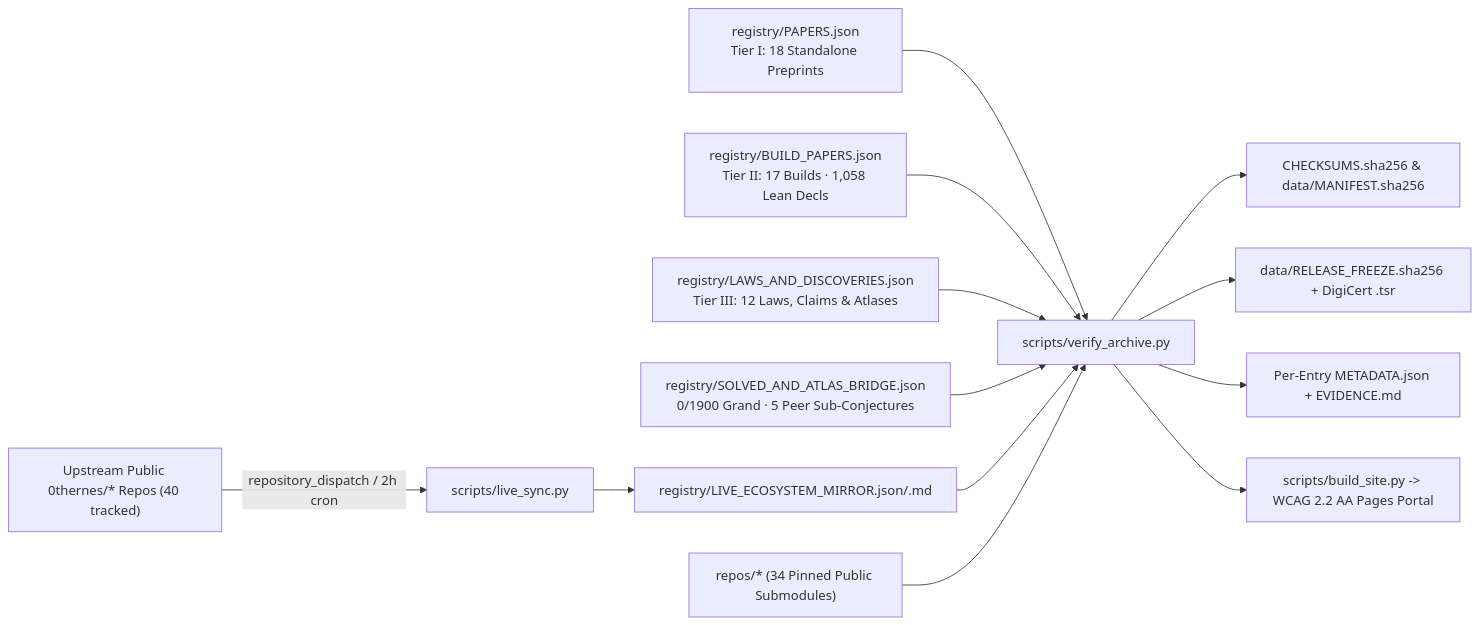
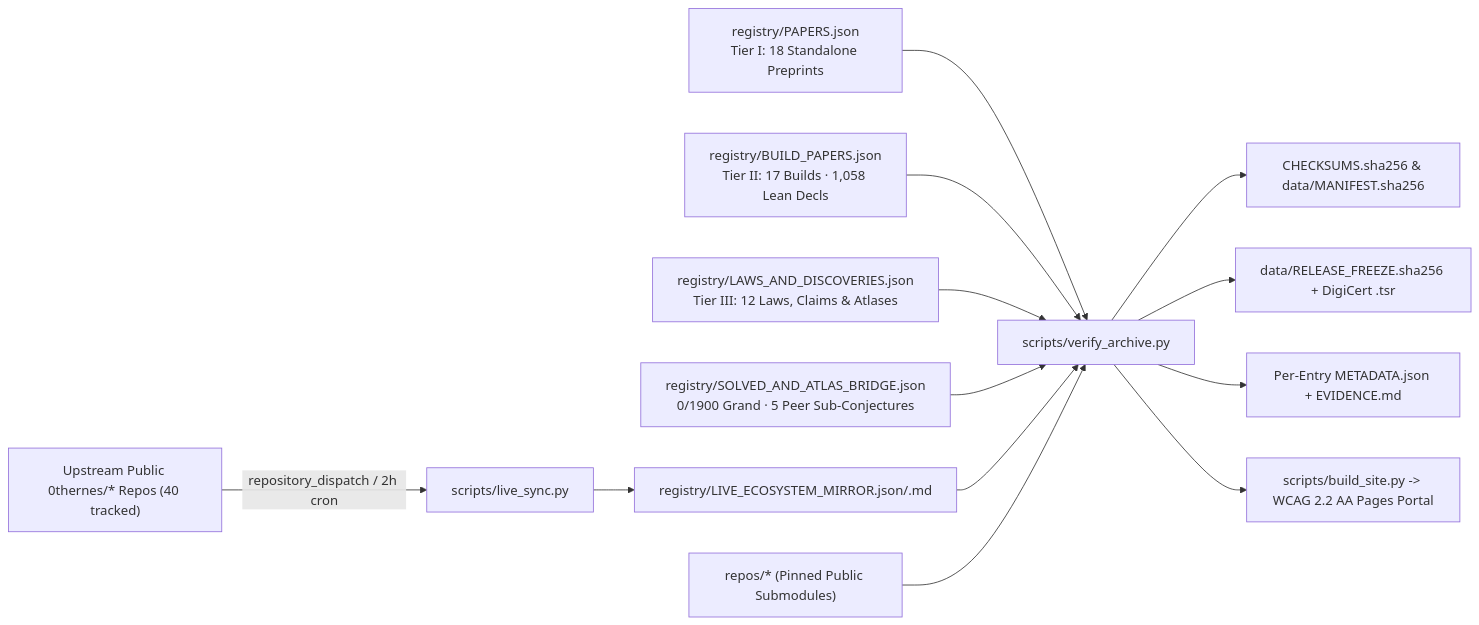
Before and after one commit to 0thernes/0thernes-research-archive: the diagram in docs/architecture.md, drawn with Mermaid. The commit also changed 60 other files, not shown here.

````diff
--- a/docs/architecture.md
+++ b/docs/architecture.md
@@ -5,15 +5,15 @@
 ```mermaid
 flowchart LR
     UP["Upstream Public 0thernes/* Repos (40 tracked)"] -->|repository_dispatch / 2h cron| LS["scripts/live_sync.py"]
     R1["registry/PAPERS.json<br/>Tier I: 18 Standalone Preprints"] --> V["scripts/verify_archive.py"]
     R2["registry/BUILD_PAPERS.json<br/>Tier II: 17 Builds · 1,058 Lean Decls"] --> V
     R3["registry/LAWS_AND_DISCOVERIES.json<br/>Tier III: 12 Laws, Claims & Atlases"] --> V
     BR["registry/SOLVED_AND_ATLAS_BRIDGE.json<br/>0/1900 Grand · 5 Peer Sub-Conjectures"] --> V
     LS --> LM["registry/LIVE_ECOSYSTEM_MIRROR.json/.md"]
     LM --> V
-    S["repos/* (34 Pinned Public Submodules)"] --> V
+    S["repos/* (Pinned Public Submodules)"] --> V
     V --> C["CHECKSUMS.sha256 & data/MANIFEST.sha256"]
     V --> FZ["data/RELEASE_FREEZE.sha256 + DigiCert .tsr"]
     V --> D["Per-Entry METADATA.json + EVIDENCE.md"]
     V --> P["scripts/build_site.py -> WCAG 2.2 AA Pages Portal"]
 ```
````
